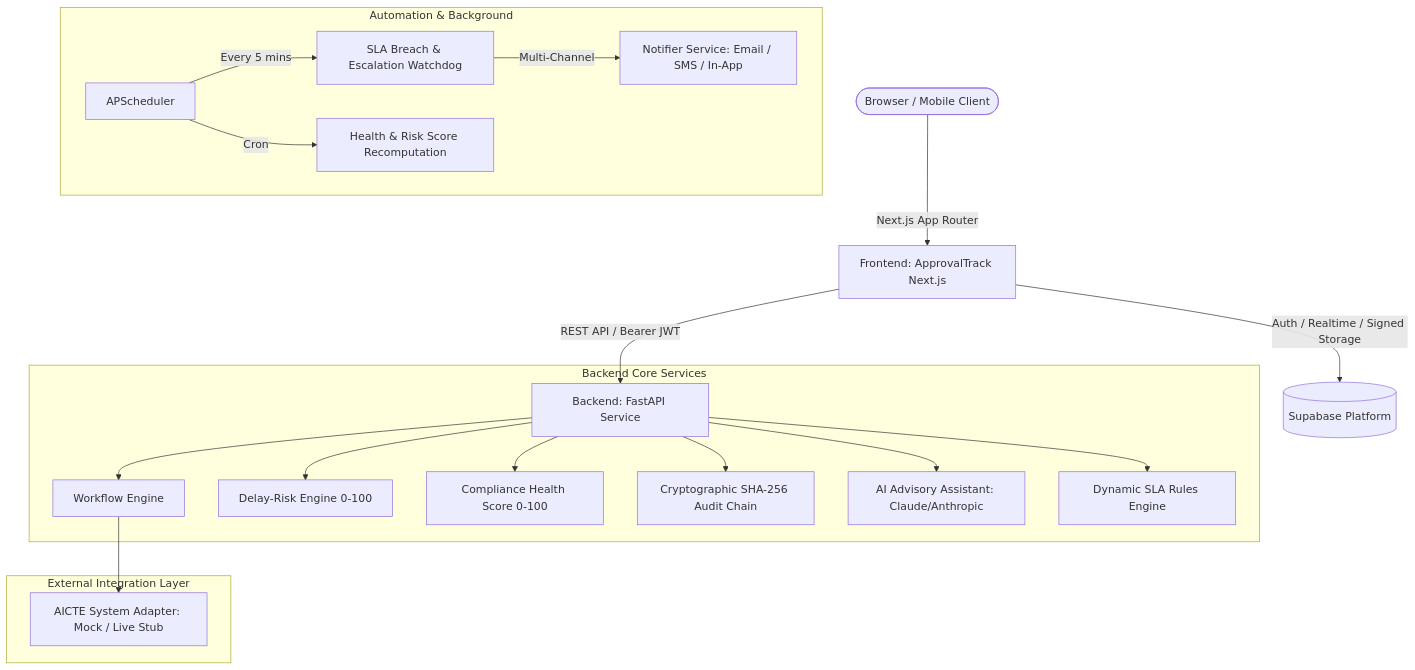
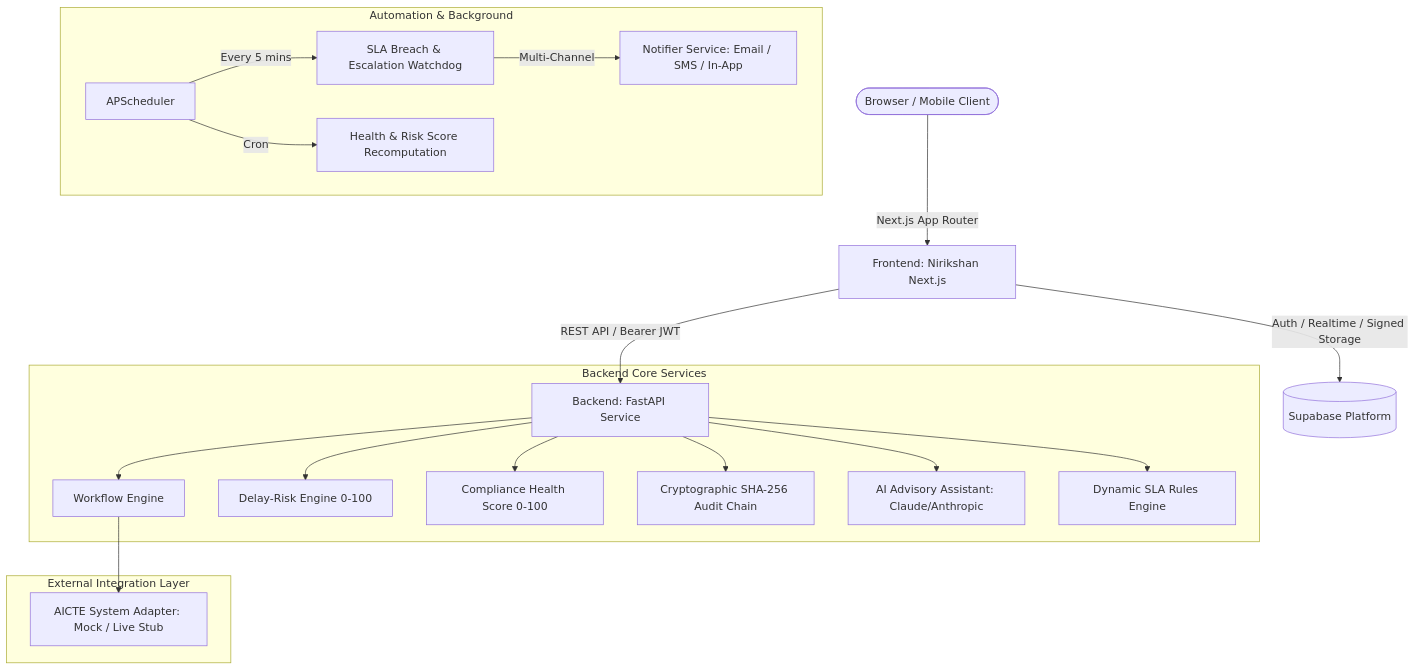
One commit to Aaditya179/aicte-workflow changed the diagram in README.md. Above: the diagram before and after it, drawn with Mermaid. The commit also changed other lines of this file and 48 other files, not shown here.

````diff
--- a/README.md
+++ b/README.md
@@ -13,25 +13,25 @@
 ```mermaid
 graph TD
-  User([Browser / Mobile Client]) -->|Next.js App Router| Frontend[Frontend: ApprovalTrack Next.js]
+  User([Browser / Mobile Client]) -->|Next.js App Router| Frontend[Frontend: Nirikshan Next.js]
   Frontend -->|REST API / Bearer JWT| FastAPI[Backend: FastAPI Service]
   Frontend -->|Auth / Realtime / Signed Storage| Supabase[(Supabase Platform)]
   
   subgraph Backend Core Services
     FastAPI --> Engine[Workflow Engine]
     FastAPI --> Risk[Delay-Risk Engine 0-100]
     FastAPI --> Health[Compliance Health Score 0-100]
     FastAPI --> Audit[Cryptographic SHA-256 Audit Chain]
     FastAPI --> AI[AI Advisory Assistant: Claude/Anthropic]
     FastAPI --> Rules[Dynamic SLA Rules Engine]
   end
 
   subgraph Automation & Background
     Sched[APScheduler] -->|Every 5 mins| Watchdog[SLA Breach & Escalation Watchdog]
     Sched -->|Cron| Recompute[Health & Risk Score Recomputation]
     Watchdog -->|Multi-Channel| Notifier[Notifier Service: Email / SMS / In-App]
   end
 
   subgraph External Integration Layer
     Engine --> Adapter[AICTE System Adapter: Mock / Live Stub]
   end
 ```
````
